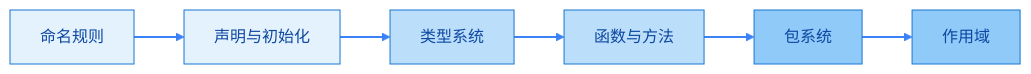
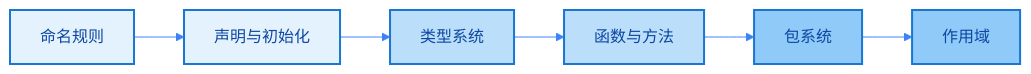
Before and after one commit to lazygophers/knowledge: the diagram in docs/zh/golang/fundamentals/overview.mdx, drawn with Mermaid. The commit also changed 10 other files, not shown here.

First line of the commit message:
docs(golang): 修复 Mermaid 箭头样式和连接线颜色

````diff
--- a/docs/zh/golang/fundamentals/overview.mdx
+++ b/docs/zh/golang/fundamentals/overview.mdx
@@ -21,17 +21,17 @@
 ```mermaid
+%%{init: {'theme':'base', 'themeVariables': { 'lineColor':'#3b82f6', 'primaryColor':'#e3f2fd', 'primaryTextColor':'#0d47a1'}}}%%
 flowchart LR
     A[命名规则] --> B[声明与初始化]
     B --> C[类型系统]
     C --> D[函数与方法]
     D --> E[包系统]
     E --> F[作用域]
 
-    linkStyle default stroke:#3b82f6,stroke-width:2px
-    classDef step1 fill:#e3f2fd,stroke:#1976d2,color:#0d47a1
-    classDef step2 fill:#bbdefb,stroke:#1976d2,color:#0d47a1
-    classDef step3 fill:#90caf9,stroke:#1976d2,color:#0d47a1
+    classDef step1 fill:#e3f2fd,stroke:#1976d2,stroke-width:2px,color:#0d47a1
+    classDef step2 fill:#bbdefb,stroke:#1976d2,stroke-width:2px,color:#0d47a1
+    classDef step3 fill:#90caf9,stroke:#1976d2,stroke-width:2px,color:#0d47a1
 
     class A,B step1
     class C,D step2
     class E,F step3
 ```
````
